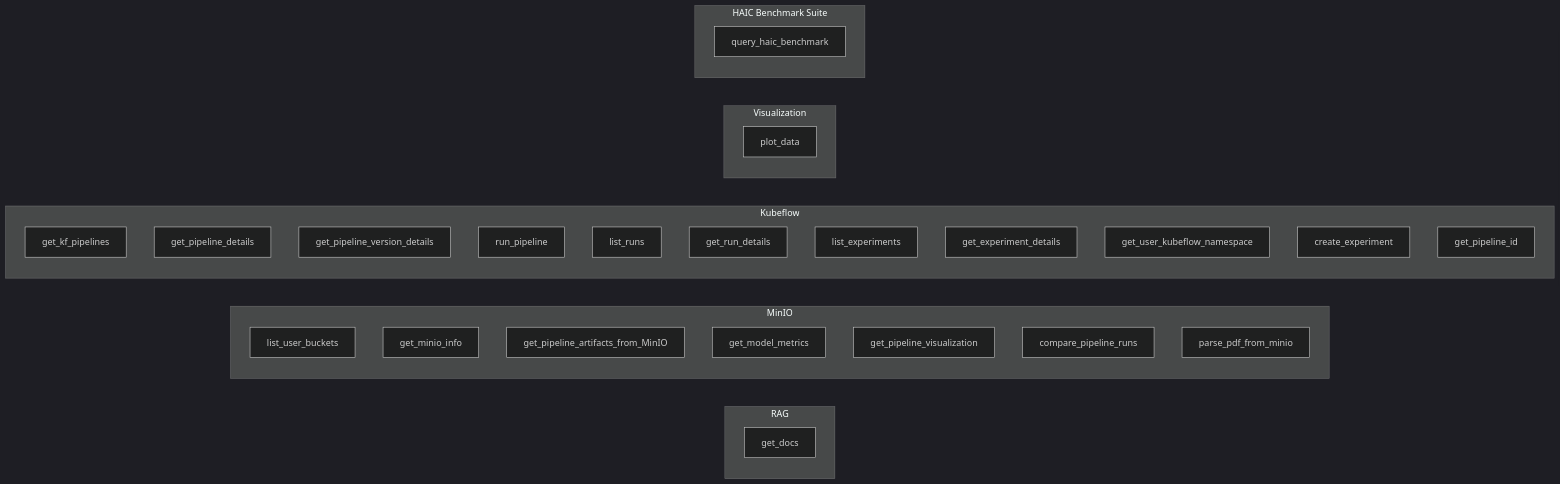
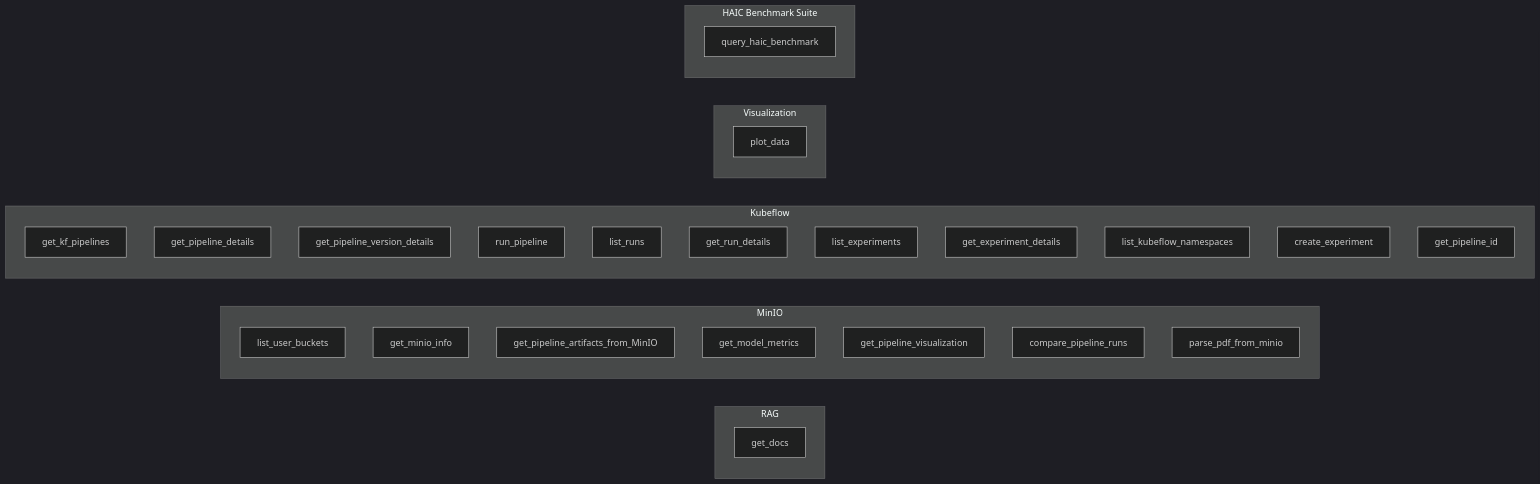
Before and after one commit to giorgosfatouros/humaine-swarm: the diagram in docs/developers/03-agents-and-tools.md, drawn with Mermaid (dark theme). The commit also changed other lines of this file and 11 other files, not shown here.

First line of the commit message:
fix(kubeflow): discover profile namespaces from dashboard env-info

````diff
--- a/docs/developers/03-agents-and-tools.md
+++ b/docs/developers/03-agents-and-tools.md
@@ -25,34 +25,34 @@
 ```mermaid
 graph LR
     subgraph RAG [RAG]
         get_docs[get_docs]
     end
     subgraph MinIO [MinIO]
         list_user_buckets[list_user_buckets]
         get_minio_info[get_minio_info]
         get_pipeline_artifacts[get_pipeline_artifacts_from_MinIO]
         get_model_metrics[get_model_metrics]
         get_pipeline_visualization[get_pipeline_visualization]
         compare_pipeline_runs[compare_pipeline_runs]
         parse_pdf[parse_pdf_from_minio]
     end
     subgraph Kubeflow [Kubeflow]
         get_kf_pipelines[get_kf_pipelines]
         get_pipeline_details[get_pipeline_details]
         get_pipeline_version_details[get_pipeline_version_details]
         run_pipeline[run_pipeline]
         list_runs[list_runs]
         get_run_details[get_run_details]
         list_experiments[list_experiments]
         get_experiment_details[get_experiment_details]
-        get_user_namespace[get_user_kubeflow_namespace]
+        list_kubeflow_namespaces[list_kubeflow_namespaces]
         create_experiment[create_experiment]
         get_pipeline_id[get_pipeline_id]
     end
     subgraph Viz [Visualization]
         plot_data[plot_data]
     end
     subgraph HAIC [HAIC Benchmark Suite]
         query_haic[query_haic_benchmark]
     end
 ```
````
